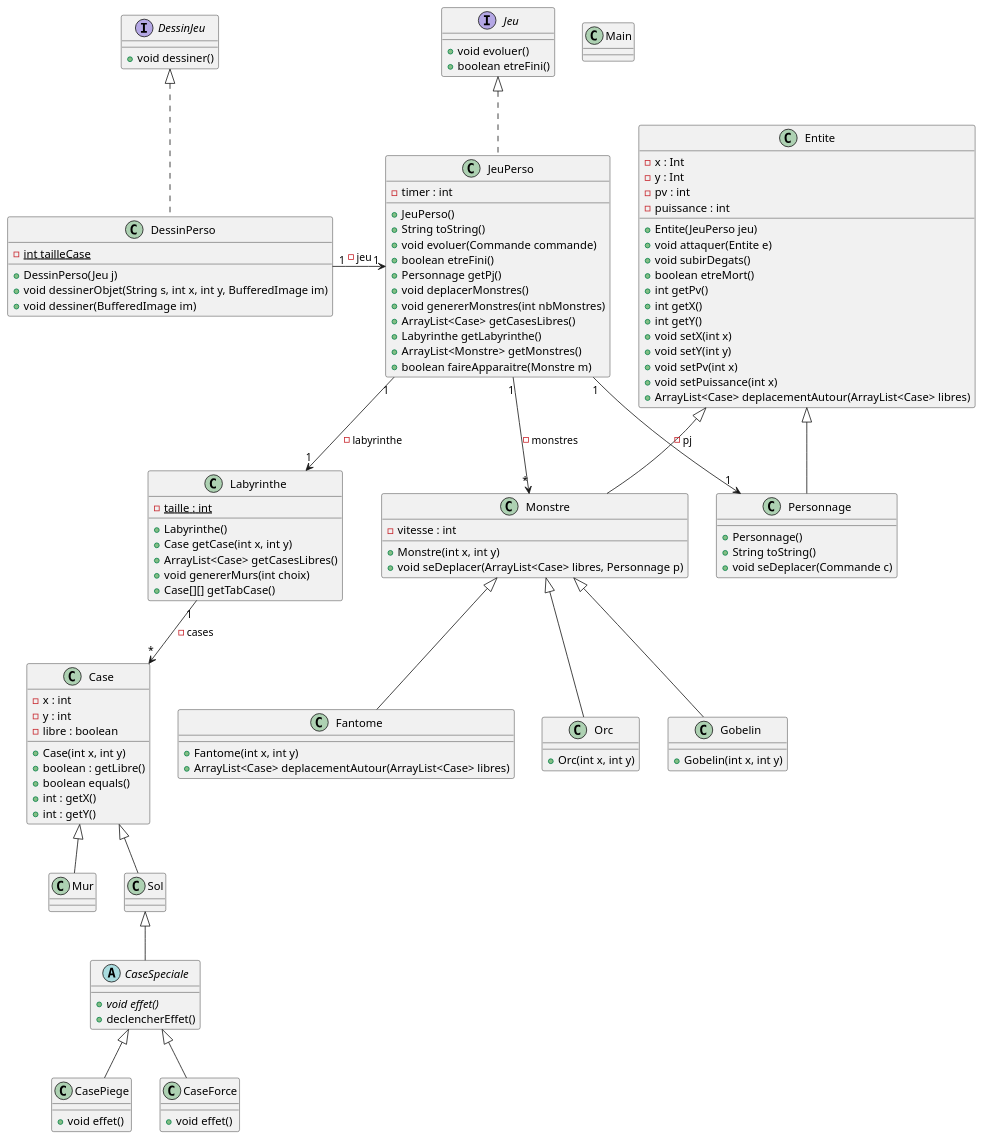
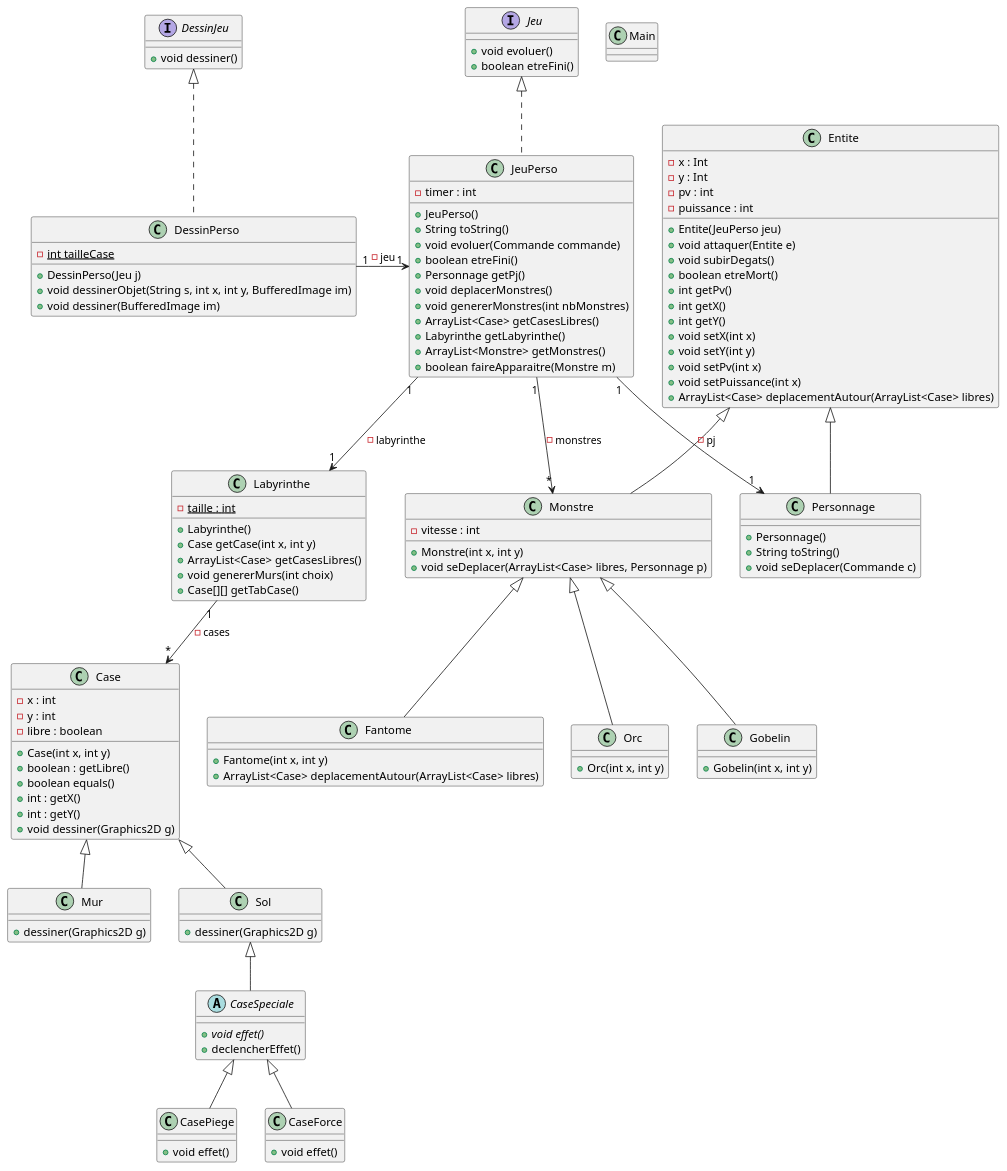
The diagram in documents/version5/diagramme.puml (MichelGrolet/2d-game), drawn with PlantUML before and after one commit. The commit also changed 6 other files, not shown here.

```diff
--- a/documents/version5/diagramme.puml
+++ b/documents/version5/diagramme.puml
@@ -1,124 +1,127 @@
 @startuml
 
 class Main {}
 
 class Labyrinthe {
     - {static} taille : int
     + Labyrinthe()
     + Case getCase(int x, int y)
     + ArrayList<Case> getCasesLibres()
     + void genererMurs(int choix)
     + Case[][] getTabCase()
 }
 Labyrinthe "1" --> "*" Case : - cases
 
 class Case {
     - x : int
     - y : int
     - libre : boolean
     + Case(int x, int y)
     + boolean : getLibre()
     + boolean equals()
     + int : getX()
     + int : getY()
+    + void dessiner(Graphics2D g)
 }
 
 class Mur extends Case {
+    + dessiner(Graphics2D g)
 }
 
 class Sol extends Case {
+    + dessiner(Graphics2D g)
 }
 
 abstract class CaseSpeciale extends Sol {
     + {abstract} void effet()
     + declencherEffet()
 }
 
 class CasePiege extends CaseSpeciale {
      + void effet()
 }
 
 class CaseForce extends CaseSpeciale {
      + void effet()
 }
 
 class Entite {
     - x : Int
     - y : Int
     - pv : int
     - puissance : int
     + Entite(JeuPerso jeu)
     + void attaquer(Entite e)
     + void subirDegats()
     + boolean etreMort()
     + int getPv()
     + int getX()
     + int getY()
     + void setX(int x)
     + void setY(int y)
     + void setPv(int x)
     + void setPuissance(int x)
     + ArrayList<Case> deplacementAutour(ArrayList<Case> libres)
 }
 
 class Personnage extends Entite {
     + Personnage()
     + String toString()
     + void seDeplacer(Commande c)
 }
 
 class Monstre extends Entite {
     - vitesse : int
     + Monstre(int x, int y)
     + void seDeplacer(ArrayList<Case> libres, Personnage p)
 }
 
 class Fantome extends Monstre {
     + Fantome(int x, int y)
     + ArrayList<Case> deplacementAutour(ArrayList<Case> libres)
 }
 
 class Orc extends Monstre {
     + Orc(int x, int y)
 }
 
 class Gobelin extends Monstre {
     + Gobelin(int x, int y)
 }
 
 interface Jeu {
     + void evoluer()
     + boolean etreFini()
 }
 
 interface DessinJeu {
     + void dessiner()
 }
 
 class JeuPerso implements Jeu {
     - timer : int
     + JeuPerso()
     + String toString()
     + void evoluer(Commande commande)
     + boolean etreFini()
     + Personnage getPj()
     + void deplacerMonstres()
     + void genererMonstres(int nbMonstres)
     + ArrayList<Case> getCasesLibres()
     + Labyrinthe getLabyrinthe()
     + ArrayList<Monstre> getMonstres()
     + boolean faireApparaitre(Monstre m)
 }
 JeuPerso "1" --> "1" Labyrinthe : - labyrinthe
 JeuPerso "1" --> "1" Personnage : - pj
 JeuPerso "1" --> "*" Monstre : - monstres
 
 class DessinPerso implements DessinJeu {
     - {static} int tailleCase
     + DessinPerso(Jeu j)
     + void dessinerObjet(String s, int x, int y, BufferedImage im)
     + void dessiner(BufferedImage im)
 }
 DessinPerso "1" -> "1" JeuPerso : - jeu
 
 @enduml
```
